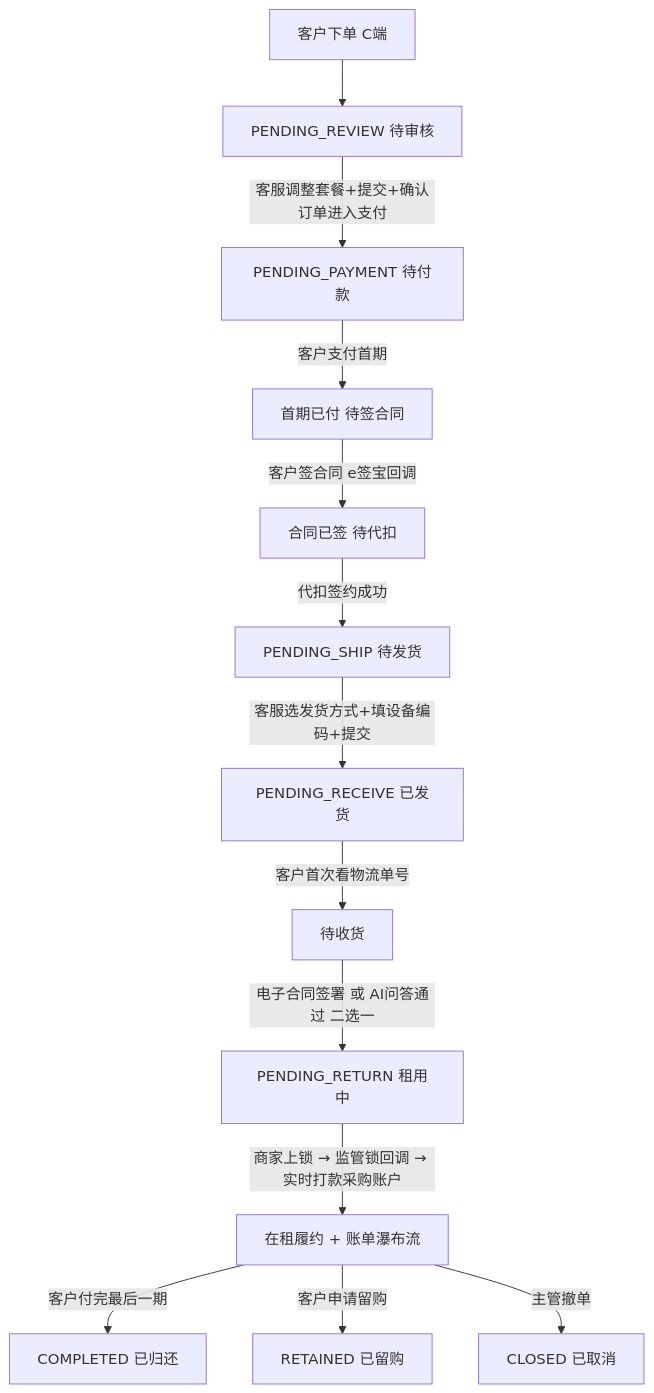
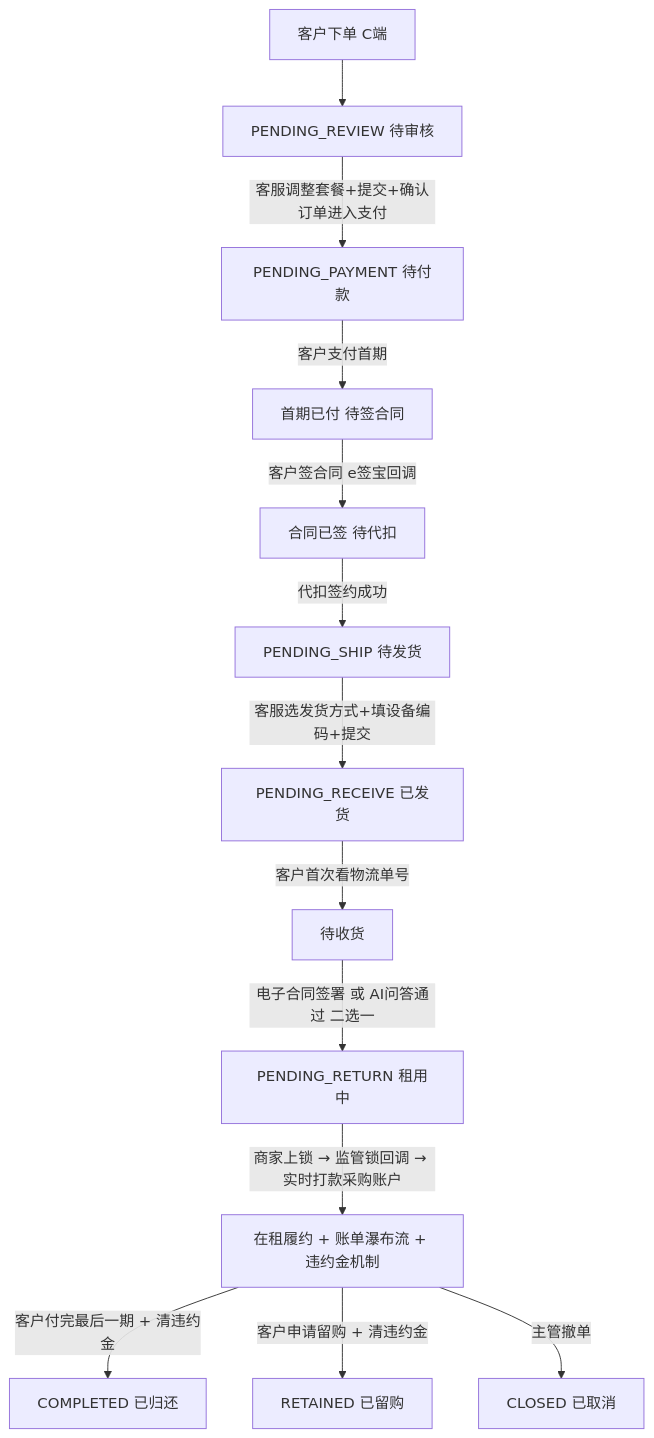
Before and after one commit to joezjyan-bot/mandian-prd: the diagram in PRD/V0.2/modules/运营端/订单管理/08_长租订单全生命周期与客服操作.md, drawn with Mermaid. The commit also changed other lines of this file, not shown here.

````diff
--- a/PRD/V0.2/modules/运营端/订单管理/08_长租订单全生命周期与客服操作.md
+++ b/PRD/V0.2/modules/运营端/订单管理/08_长租订单全生命周期与客服操作.md
@@ -536,15 +244,15 @@
 ```mermaid
 flowchart TD
     A[客户下单 C端] --> B[PENDING_REVIEW 待审核]
     B -->|客服调整套餐+提交+确认订单进入支付| C[PENDING_PAYMENT 待付款]
     C -->|客户支付首期| C1[首期已付 待签合同]
     C1 -->|客户签合同 e签宝回调| C2[合同已签 待代扣]
     C2 -->|代扣签约成功| D[PENDING_SHIP 待发货]
     D -->|客服选发货方式+填设备编码+提交| E[PENDING_RECEIVE 已发货]
     E -->|客户首次看物流单号| E1[待收货]
     E1 -->|电子合同签署 或 AI问答通过 二选一| F[PENDING_RETURN 租用中]
-    F -->|商家上锁 → 监管锁回调 → 实时打款采购账户| G[在租履约 + 账单瀑布流]
-    G -->|客户付完最后一期| H1[COMPLETED 已归还]
-    G -->|客户申请留购| H2[RETAINED 已留购]
+    F -->|商家上锁 → 监管锁回调 → 实时打款采购账户| G[在租履约 + 账单瀑布流 + 违约金机制]
+    G -->|客户付完最后一期 + 清违约金| H1[COMPLETED 已归还]
+    G -->|客户申请留购 + 清违约金| H2[RETAINED 已留购]
     G -->|主管撤单| H3[CLOSED 已取消]
 ```
````
